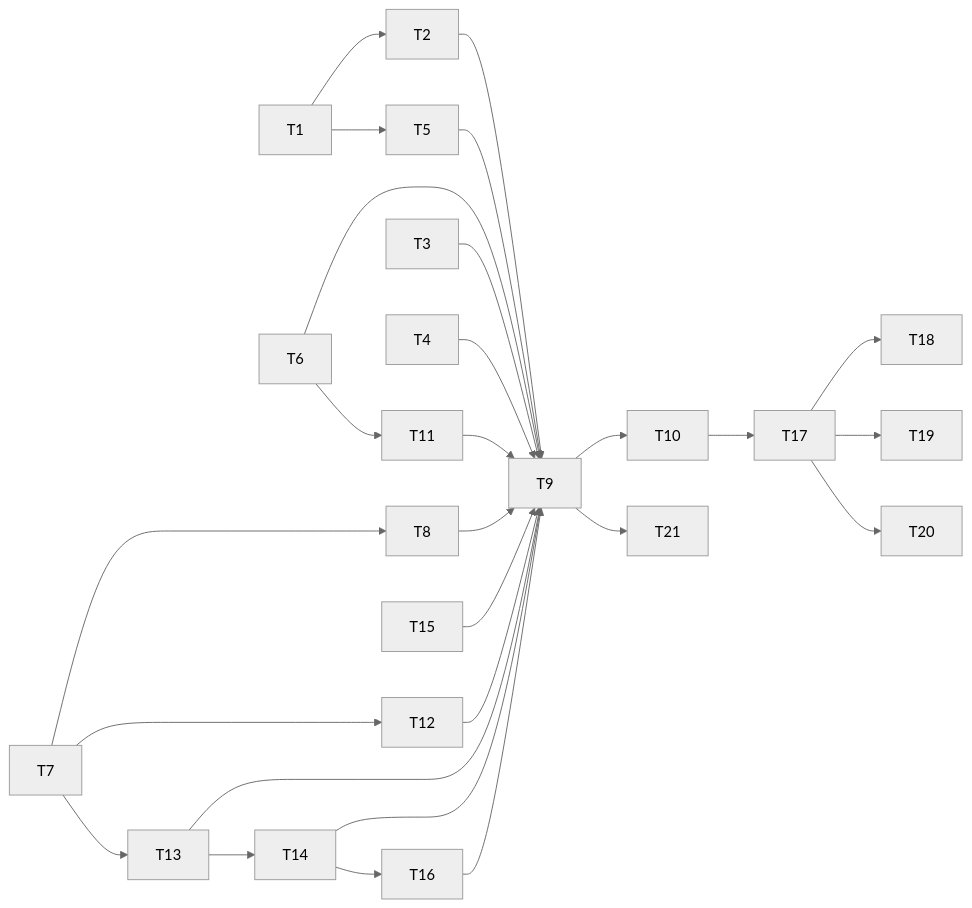
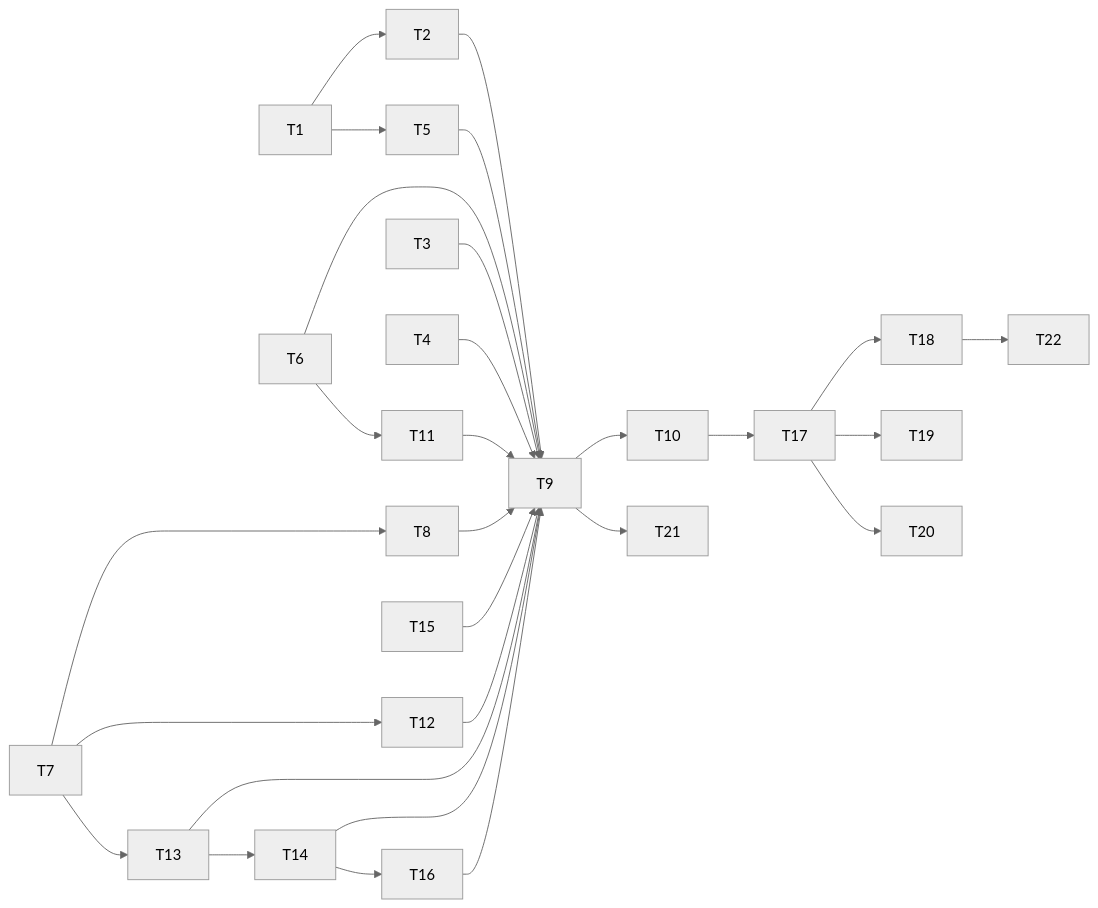
Before and after one commit to liaden/lain: the diagram in planning/specs/rust-hot-paths.md, drawn with Mermaid (neutral theme). The commit also changed other lines of this file, not shown here.

````diff
--- a/planning/specs/rust-hot-paths.md
+++ b/planning/specs/rust-hot-paths.md
@@ -161,21 +161,22 @@
 ```mermaid
 flowchart LR
   T1 --> T2
   T1 --> T5
   T7 --> T8
   T2 & T3 & T4 & T5 & T6 & T8 --> T9
   T9 --> T10
   T6 --> T11
   T7 --> T12
   T7 --> T13
   T11 & T12 & T13 --> T9
   T13 --> T14
   T14 & T15 --> T9
   T14 --> T16
   T16 --> T9
   T10 --> T17
   T17 --> T18
   T17 --> T19
   T17 --> T20
   T9 --> T21
+  T18 --> T22
 ```
````
